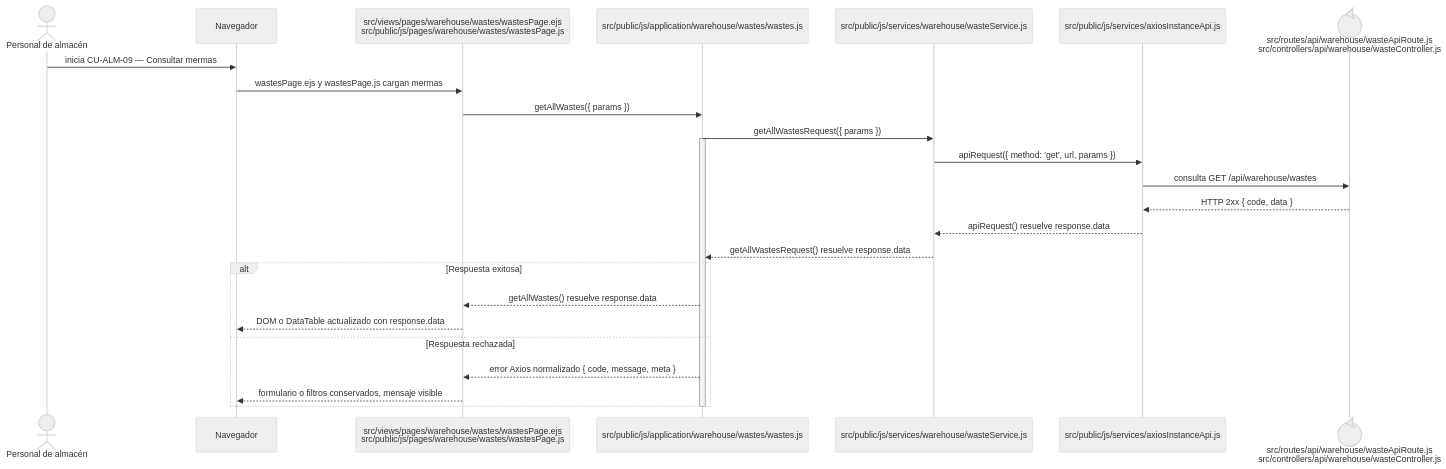
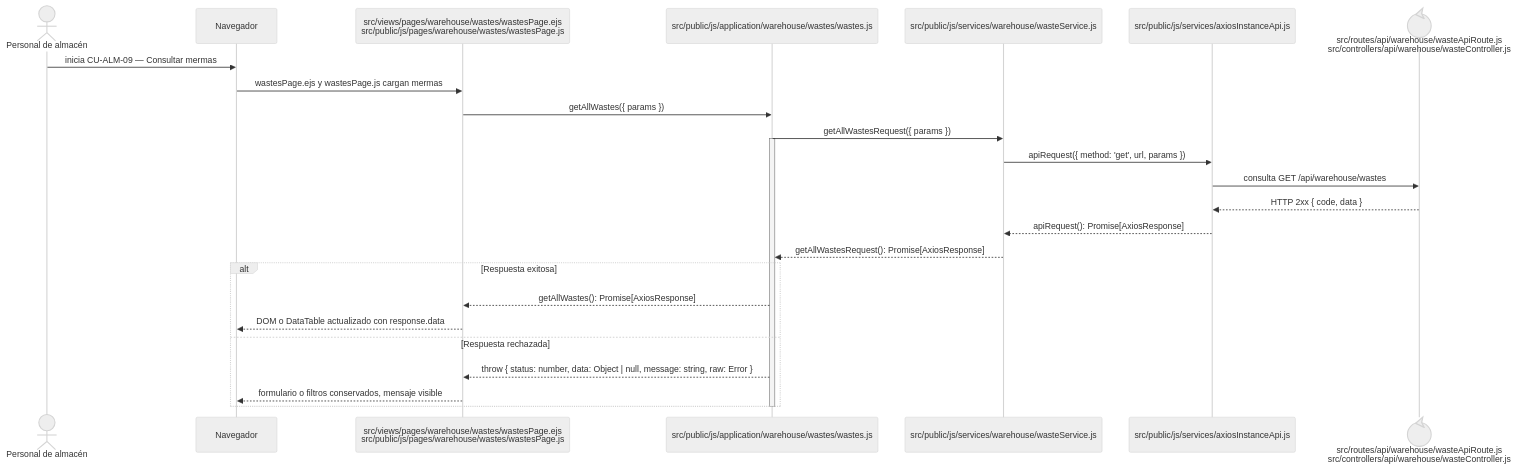
Before and after one commit to gpgsistemas01/nexus: the diagram in docs/architecture/frontend-code-sequences/catalogs/cu-alm-09.md, drawn with Mermaid (neutral theme). The commit also changed 146 other files, not shown here.

````diff
--- a/docs/architecture/frontend-code-sequences/catalogs/cu-alm-09.md
+++ b/docs/architecture/frontend-code-sequences/catalogs/cu-alm-09.md
@@ -6,29 +6,29 @@
 ```mermaid
 sequenceDiagram
     actor Initiator as Personal de almacén
     participant Browser as Navegador
     participant View as src/views/pages/warehouse/wastes/wastesPage.ejs<br/>src/public/js/pages/warehouse/wastes/wastesPage.js
     participant Application as src/public/js/application/warehouse/wastes/wastes.js
     participant Request as src/public/js/services/warehouse/wasteService.js
     participant HTTP as src/public/js/services/axiosInstanceApi.js
     participant Transport@{ "type": "control" } as src/routes/api/warehouse/wasteApiRoute.js<br/>src/controllers/api/warehouse/wasteController.js
 
     Initiator->>Browser: inicia CU-ALM-09 — Consultar mermas
     Browser->>View: wastesPage.ejs y wastesPage.js cargan mermas
     View->>Application: getAllWastes({ params })
     Application->>Request: getAllWastesRequest({ params })
     activate Application
     Request->>HTTP: apiRequest({ method: 'get', url, params })
     HTTP->>Transport: consulta GET /api/warehouse/wastes
     Transport-->>HTTP: HTTP 2xx { code, data }
-    HTTP-->>Request: apiRequest() resuelve response.data
-    Request-->>Application: getAllWastesRequest() resuelve response.data
+    HTTP-->>Request: apiRequest(): Promise[AxiosResponse]
+    Request-->>Application: getAllWastesRequest(): Promise[AxiosResponse]
     alt Respuesta exitosa
-        Application-->>View: getAllWastes() resuelve response.data
+        Application-->>View: getAllWastes(): Promise[AxiosResponse]
         View-->>Browser: DOM o DataTable actualizado con response.data
     else Respuesta rechazada
-        Application-->>View: error Axios normalizado { code, message, meta }
+        Application-->>View: throw { status: number, data: Object | null, message: string, raw: Error }
         View-->>Browser: formulario o filtros conservados, mensaje visible
     end
     deactivate Application
 ```
````
